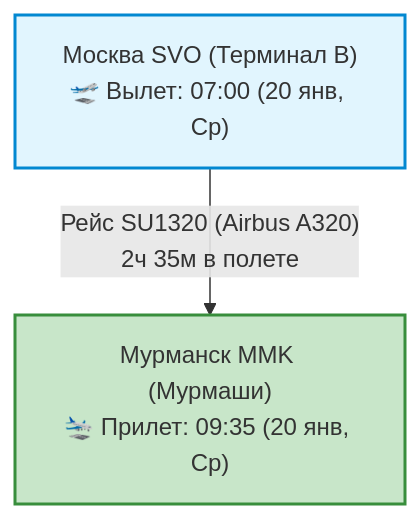
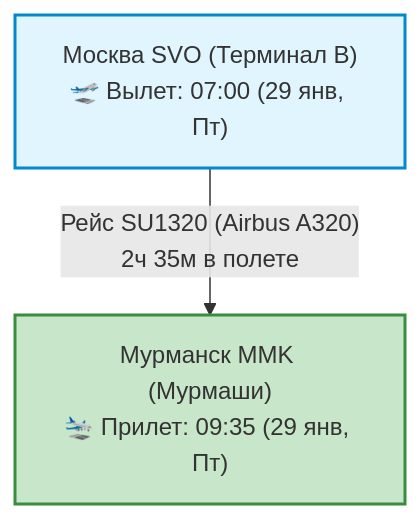
Before and after one commit to injurka/obsidian-mark: the first of 2 diagrams in Personal Note/Travel/-- Murmansk/03 - Бронирования/Авиаперелеты.md, drawn with Mermaid. The commit also changed other lines of this file and 18 other files, not shown here.

````diff
--- a/Personal Note/Travel/-- Murmansk/03 - Бронирования/Авиаперелеты.md
+++ b/Personal Note/Travel/-- Murmansk/03 - Бронирования/Авиаперелеты.md
@@ -16,9 +16,9 @@
 ```mermaid
 graph TD
-    SVO["Москва SVO (Терминал B)<br>🛫 Вылет: 07:00 (20 янв, Ср)"] -->|"Рейс SU1320 (Airbus A320)<br>2ч 35м в полете"| MMK["Мурманск MMK (Мурмаши)<br>🛬 Прилет: 09:35 (20 янв, Ср)"]
+    SVO["Москва SVO (Терминал B)<br>🛫 Вылет: 07:00 (29 янв, Пт)"] -->|"Рейс SU1320 (Airbus A320)<br>2ч 35м в полете"| MMK["Мурманск MMK (Мурмаши)<br>🛬 Прилет: 09:35 (29 янв, Пт)"]
 
     classDef flight fill:#e1f5fe,stroke:#0288d1,stroke-width:2px;
     classDef mmk fill:#c8e6c9,stroke:#388e3c,stroke-width:2px;
     class SVO flight;
     class MMK mmk;
 ```
````
